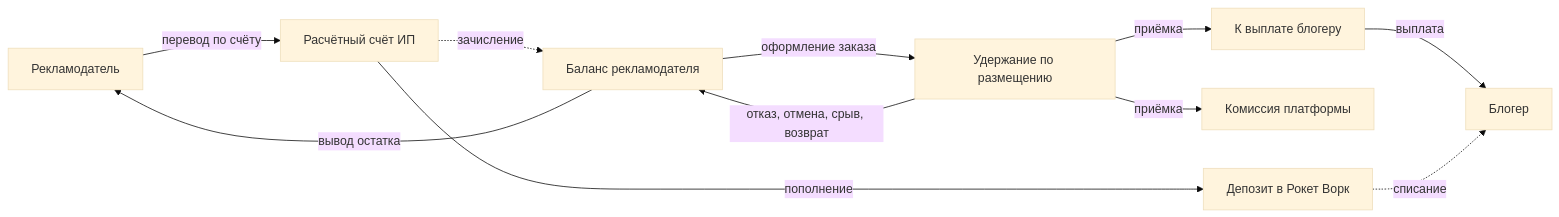
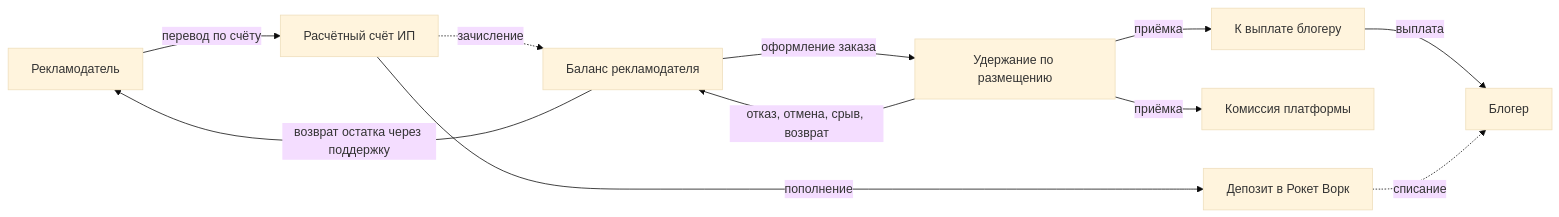
One commit to leha-creator/maxim changed the first of 2 diagrams in docs/06-finance-legal.md. Above: the diagram before and after it, drawn with Mermaid (base theme). The commit also changed other lines of this file and 12 other files, not shown here.

````diff
--- a/docs/06-finance-legal.md
+++ b/docs/06-finance-legal.md
@@ -13,13 +13,13 @@
 ```mermaid
 flowchart LR
     adv[Рекламодатель] -- перевод по счёту --> bank[Расчётный счёт ИП]
     bank -. зачисление .-> balance[Баланс рекламодателя]
     balance -- оформление заказа --> hold[Удержание по размещению]
     hold -- приёмка --> payable[К выплате блогеру]
     hold -- приёмка --> revenue[Комиссия платформы]
     hold -- отказ, отмена, срыв, возврат --> balance
     bank -- пополнение --> deposit[Депозит в Рокет Ворк]
     payable -- выплата --> blogger[Блогер]
     deposit -. списание .-> blogger
-    balance -- вывод остатка --> adv
+    balance -- возврат остатка через поддержку --> adv
 ```
````
